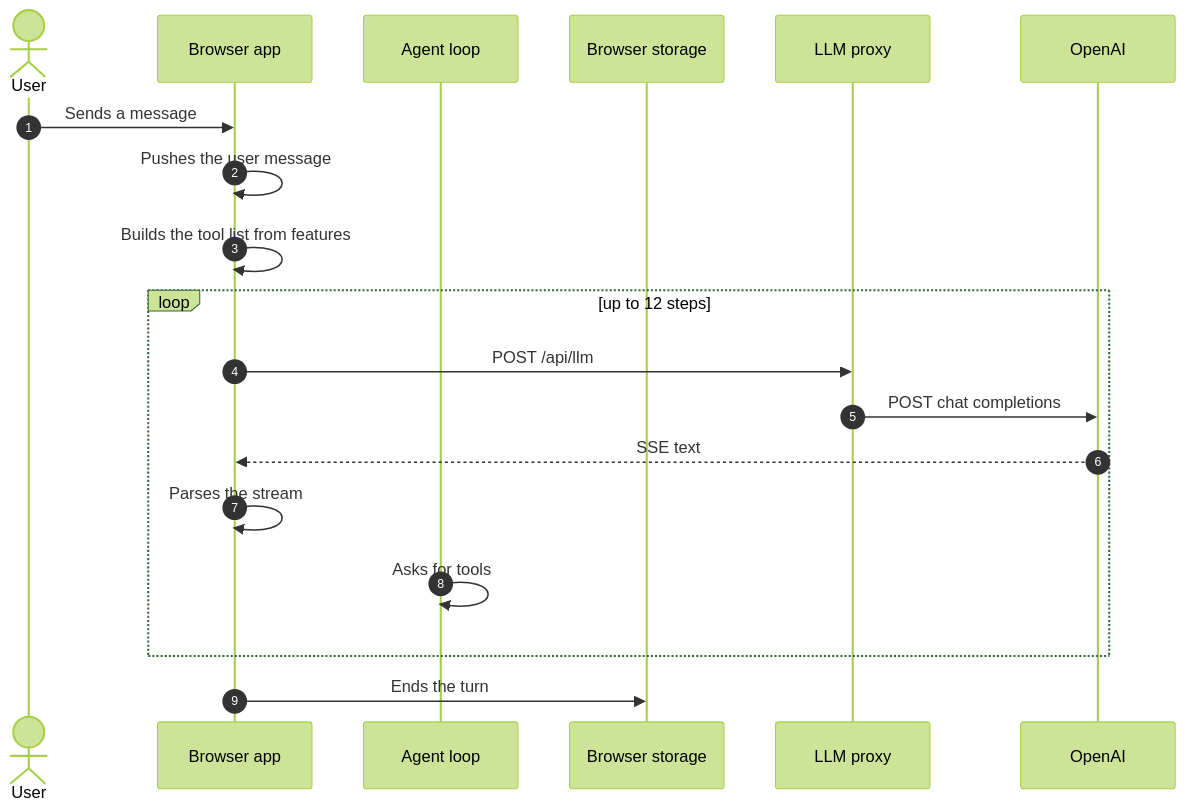
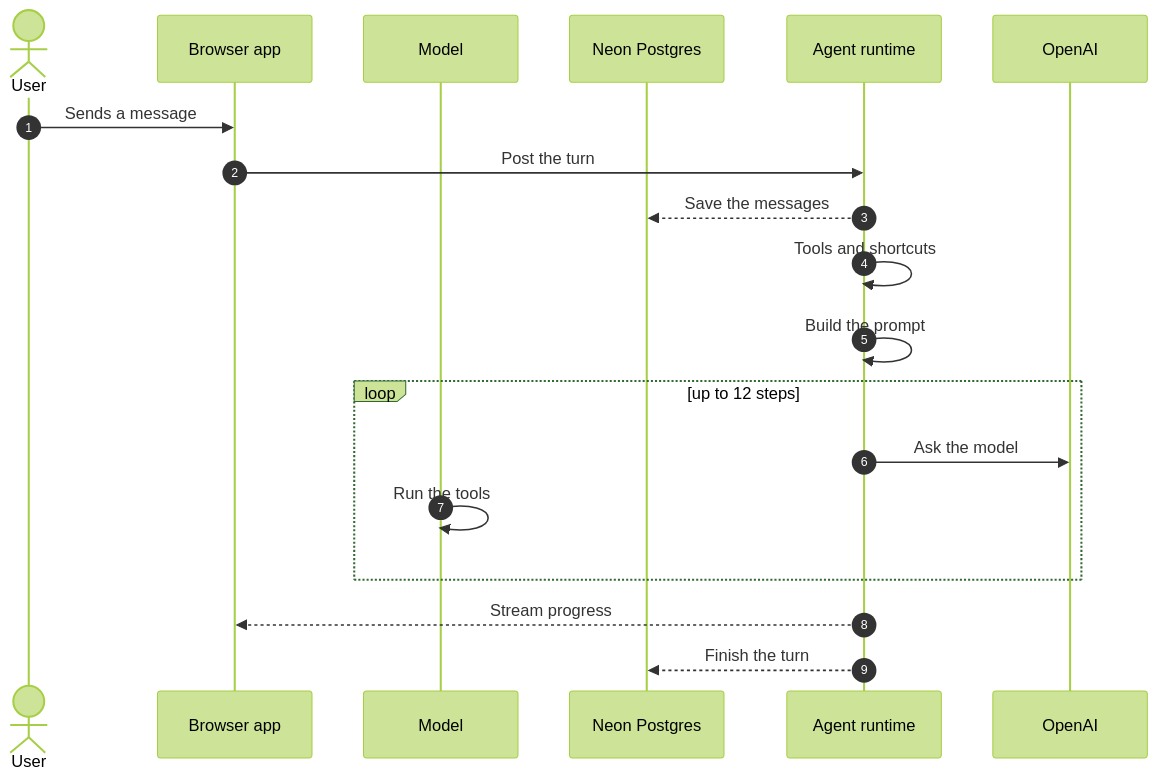
The diagram in docs/architecture/workflows/chat-turn.md (lngsa1234/mini-muse-mvp), drawn with Mermaid (forest theme) before and after one commit. The commit also changed other lines of this file and 23 other files, not shown here.

First line of the commit message:
Docs: specs, workflows and baseline for the server-side agent

````diff
--- a/docs/architecture/workflows/chat-turn.md
+++ b/docs/architecture/workflows/chat-turn.md
@@ -15,21 +15,21 @@
 ```mermaid
 sequenceDiagram
   autonumber
   actor user as User
   participant client as Browser app
-  participant agent as Agent loop
-  participant data as Browser storage
-  participant server as LLM proxy
+  participant agent as Model
+  participant data as Neon Postgres
+  participant server as Agent runtime
   participant external as OpenAI
   user->>client: Sends a message
-  client->>client: Pushes the user message
-  client->>client: Builds the tool list from features
+  client->>server: Post the turn
+  server-->>data: Save the messages
+  server->>server: Tools and shortcuts
+  server->>server: Build the prompt
   loop up to 12 steps
-  client->>server: POST /api/llm
-  server->>external: POST chat completions
-  external-->>client: SSE text
-  client->>client: Parses the stream
-  agent->>agent: Asks for tools
+  server->>external: Ask the model
+  agent->>agent: Run the tools
   end
-  client->>data: Ends the turn
+  server-->>client: Stream progress
+  server-->>data: Finish the turn
 ```
````
